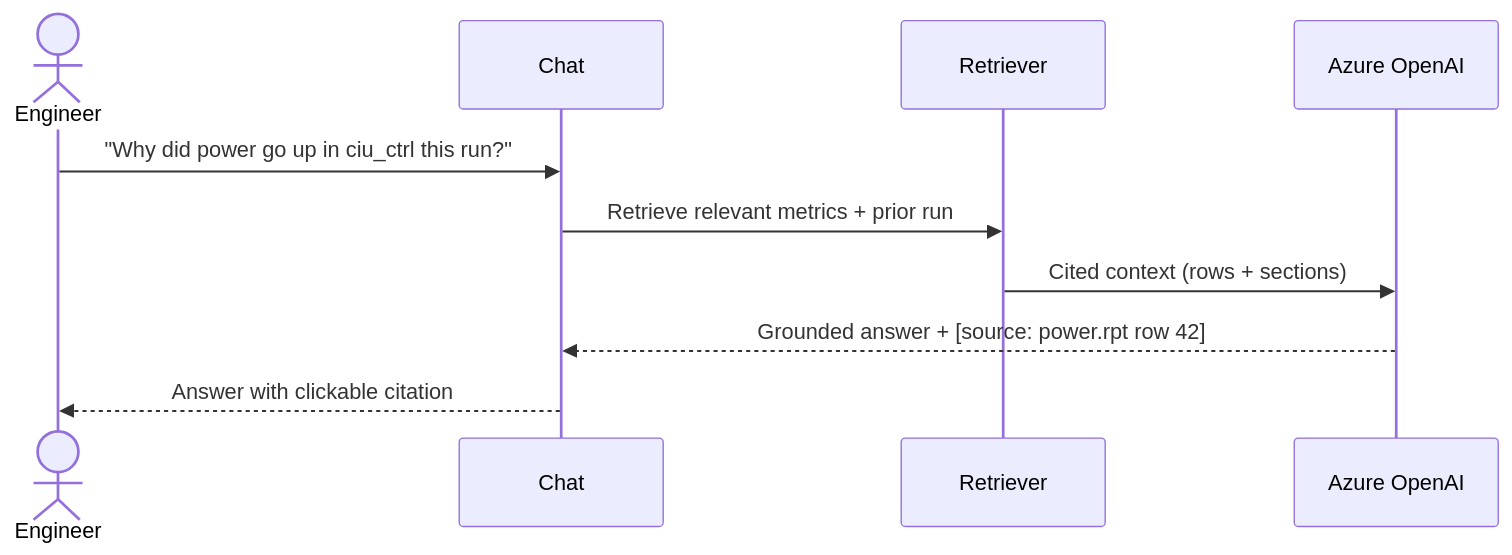
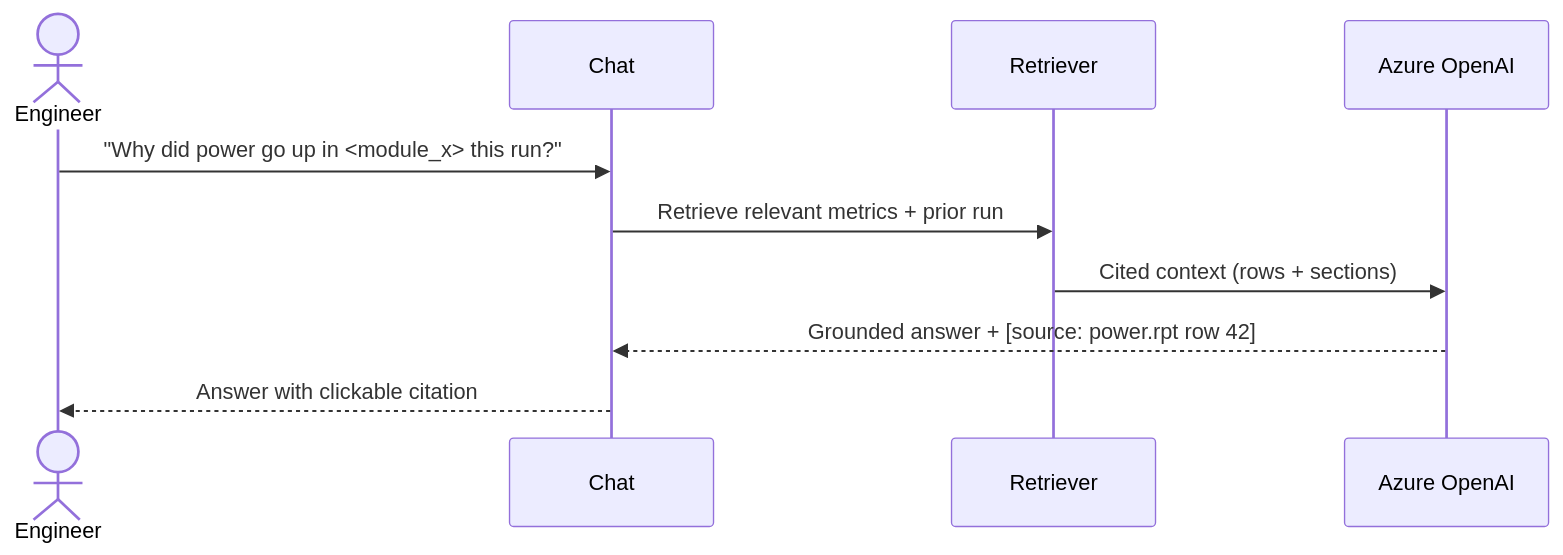
Before and after one commit to mayureshpiske19/rtla-assist: the second of 5 diagrams in docs/03-flows.md, drawn with Mermaid. The commit also changed other lines of this file and 5 other files, not shown here.

````diff
--- a/docs/03-flows.md
+++ b/docs/03-flows.md
@@ -34,13 +34,13 @@
 ```mermaid
 sequenceDiagram
     actor Eng as Engineer
     participant UI as Chat
     participant Ret as Retriever
     participant AI as Azure OpenAI
 
-    Eng->>UI: "Why did power go up in ciu_ctrl this run?"
+    Eng->>UI: "Why did power go up in <module_x> this run?"
     UI->>Ret: Retrieve relevant metrics + prior run
     Ret->>AI: Cited context (rows + sections)
     AI-->>UI: Grounded answer + [source: power.rpt row 42]
     UI-->>Eng: Answer with clickable citation
 ```
````
